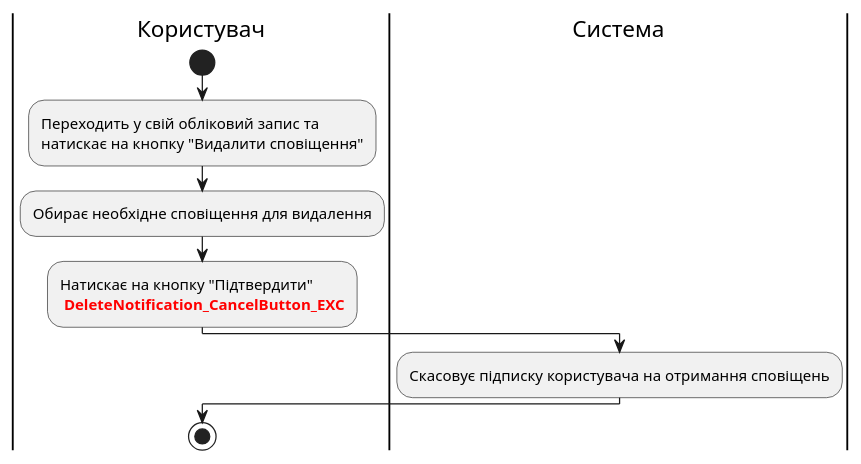
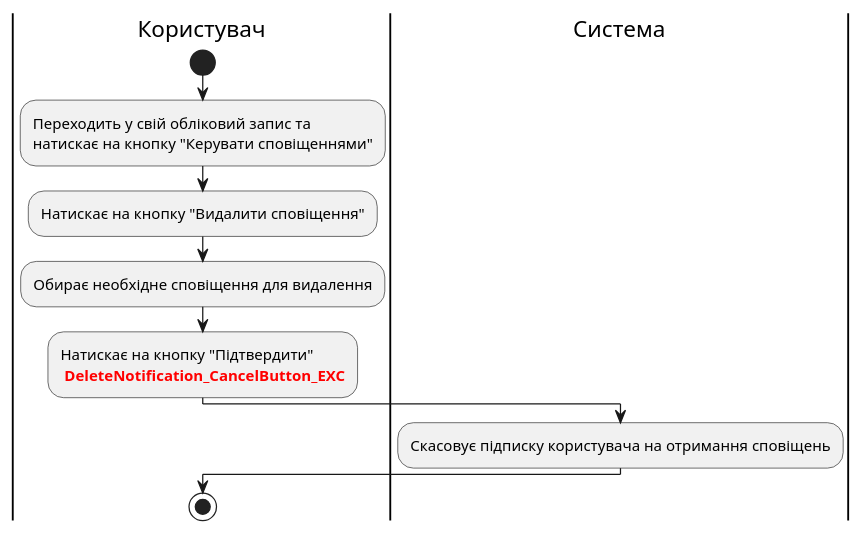
One commit to boldak/edu-db-cw changed diagram 13 of 29 in docs/use cases/README.md. Above: the diagram before and after it, drawn with PlantUML. The commit also changed other lines of this file and 1 other file, not shown here.

Commit message:
Add one step for setting and deleting notifications

```diff
--- a/docs/use cases/README.md
+++ b/docs/use cases/README.md
@@ -690,15 +691,16 @@
 @startuml
 
 |Користувач|
 start;
-:Переходить у свій обліковий запис та\nнатискає на кнопку "Видалити сповіщення";
+:Переходить у свій обліковий запис та\nнатискає на кнопку "Керувати сповіщеннями";
+:Натискає на кнопку "Видалити сповіщення";
 :Обирає необхідне сповіщення для видалення;
 :Натискає на кнопку "Підтвердити"
 <font color="red"><b> DeleteNotification_CancelButton_EXC;
 
 |Система|
 :Скасовує підписку користувача на отримання сповіщень;
 
 |Користувач|
 stop;
 @enduml
```
